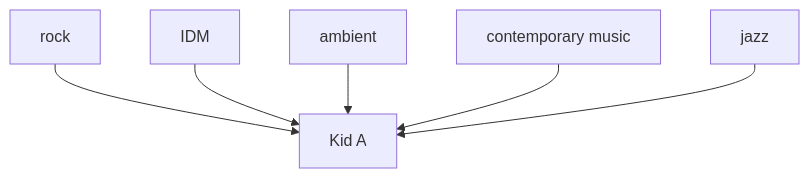
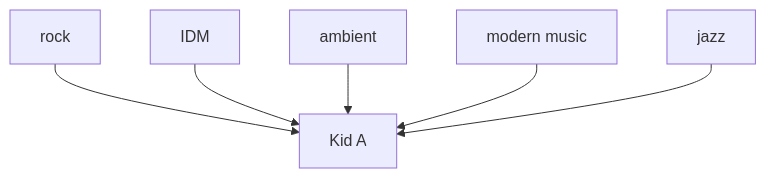
Diagram 15 of 20 in en/_posts/2026-07-02-column-influential-album-05.md (monumental-movement/monumental-movement.github.io), drawn with Mermaid before and after one commit. The commit also changed other lines of this file and 1012 other files, not shown here.

```diff
--- a/en/_posts/2026-07-02-column-influential-album-05.md
+++ b/en/_posts/2026-07-02-column-influential-album-05.md
@@ -1606,16 +1606,16 @@
 <div class="mermaid">
 flowchart TD
 A[rock]
 B[IDM]
 C[ambient]
-D[contemporary music]
+D[modern music]
 E[jazz]
 F[Kid A]
 
 A --> F
 B --> F
 C --> F
 D --> F
 E --> F
 
 </div>
```
